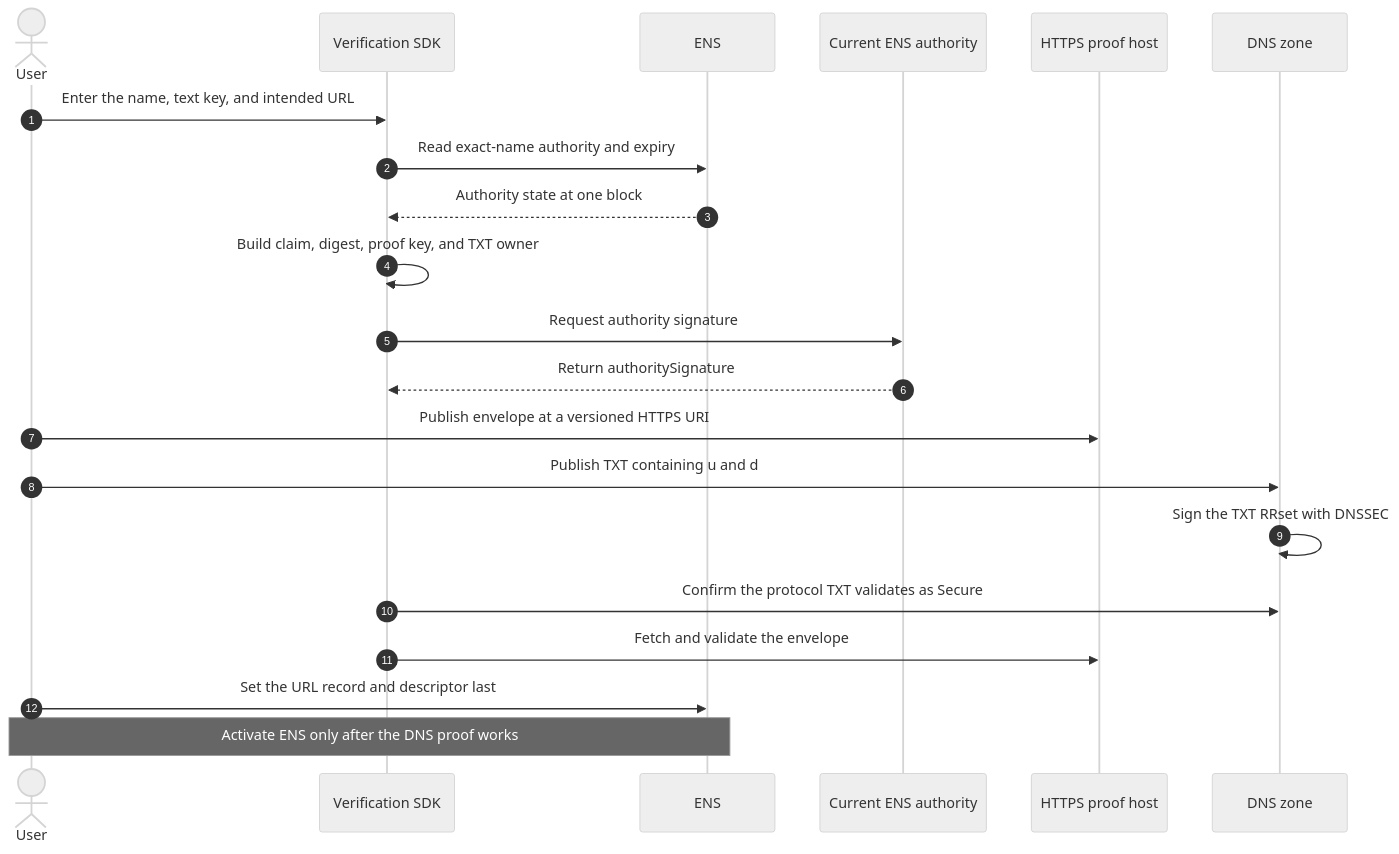
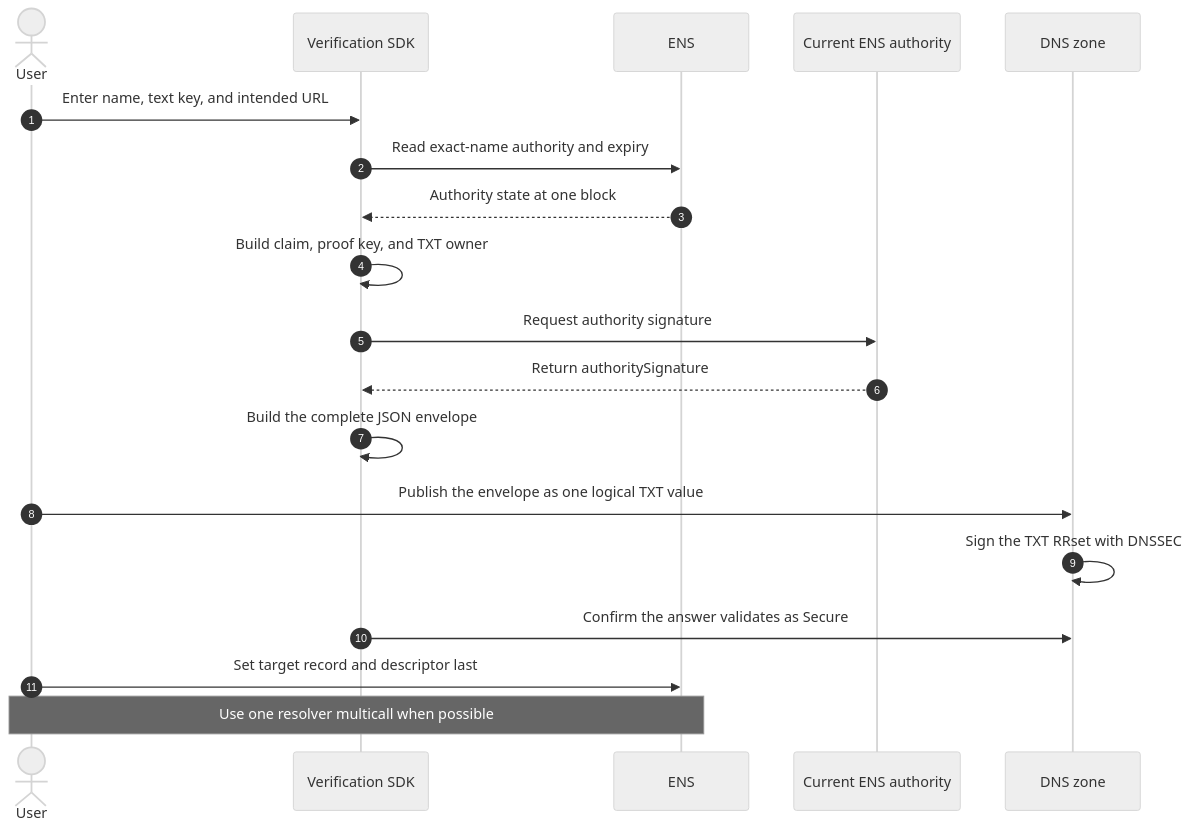
Before and after one commit to envoy1084/ensip-verification: the first of 2 diagrams in apps/web/src/pages/docs/methods/dns-txt.mdx, drawn with Mermaid (neutral theme). The commit also changed other lines of this file and 2 other files, not shown here.

Commit message:
docs: simplify DNS TXT verification

````diff
--- a/apps/web/src/pages/docs/methods/dns-txt.mdx
+++ b/apps/web/src/pages/docs/methods/dns-txt.mdx
@@ -169,24 +134,22 @@
 ```mermaid
 sequenceDiagram
   autonumber
   actor User
   participant SDK as Verification SDK
   participant ENS as ENS
   participant Authority as Current ENS authority
-  participant ProofHost as HTTPS proof host
   participant DNS as DNS zone
 
-  User->>SDK: Enter the name, text key, and intended URL
+  User->>SDK: Enter name, text key, and intended URL
   SDK->>ENS: Read exact-name authority and expiry
   ENS-->>SDK: Authority state at one block
-  SDK->>SDK: Build claim, digest, proof key, and TXT owner
+  SDK->>SDK: Build claim, proof key, and TXT owner
   SDK->>Authority: Request authority signature
   Authority-->>SDK: Return authoritySignature
-  User->>ProofHost: Publish envelope at a versioned HTTPS URI
-  User->>DNS: Publish TXT containing u and d
+  SDK->>SDK: Build the complete JSON envelope
+  User->>DNS: Publish the envelope as one logical TXT value
   DNS->>DNS: Sign the TXT RRset with DNSSEC
-  SDK->>DNS: Confirm the protocol TXT validates as Secure
-  SDK->>ProofHost: Fetch and validate the envelope
-  User->>ENS: Set the URL record and descriptor last
-  Note over User,ENS: Activate ENS only after the DNS proof works
+  SDK->>DNS: Confirm the answer validates as Secure
+  User->>ENS: Set target record and descriptor last
+  Note over User,ENS: Use one resolver multicall when possible
 ```
````
